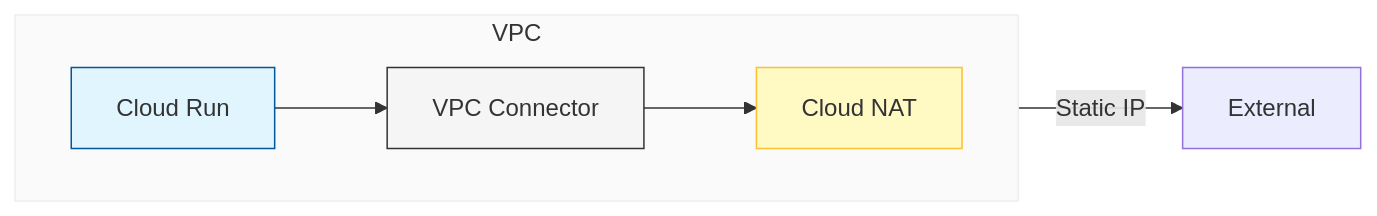
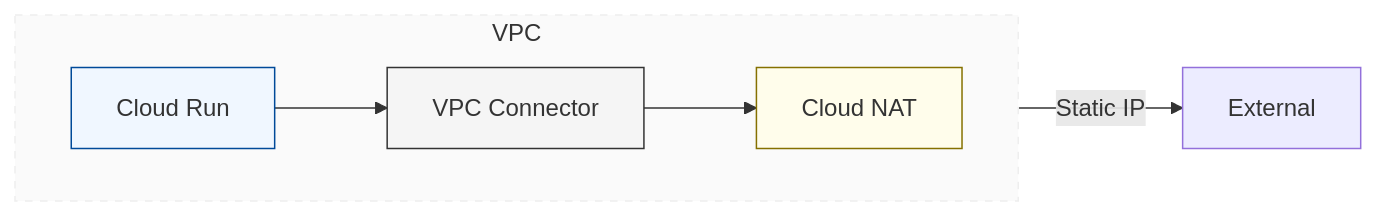
One commit to conti0513/development_public changed the first of 3 diagrams in README.md. Above: the diagram before and after it, drawn with Mermaid. The commit also changed other lines of this file, not shown here.

````diff
--- a/README.md
+++ b/README.md
@@ -14,15 +13,15 @@
 ```mermaid
 graph LR
     subgraph VPC
         direction LR
         CR[Cloud Run] --> SVC[VPC Connector]
         SVC --> NAT[Cloud NAT]
     end
     NAT -->|Static IP| Ext[External]
 
-    style CR fill:#e1f5fe,stroke:#01579b
-    style NAT fill:#fff9c4,stroke:#fbc02d
-    style SVC fill:#f5f5f5,stroke:#333
-    style VPC fill:#fafafa,stroke:#eee
+    style CR fill:#f0f7ff,stroke:#004a99,stroke-width:1px
+    style NAT fill:#fffdeb,stroke:#857000,stroke-width:1px
+    style SVC fill:#f5f5f5,stroke:#333,stroke-width:1px
+    style VPC fill:#fafafa,stroke:#eee,stroke-dasharray: 5 5
 
 ```
````
